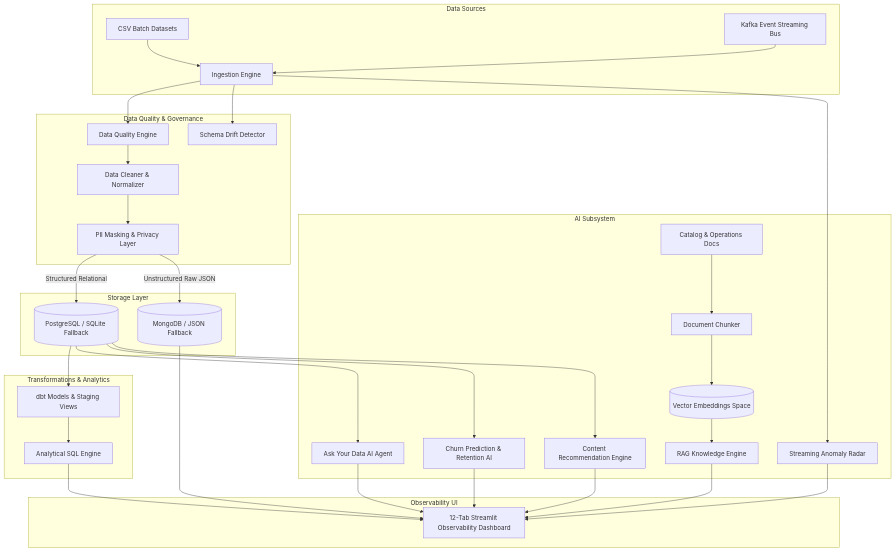
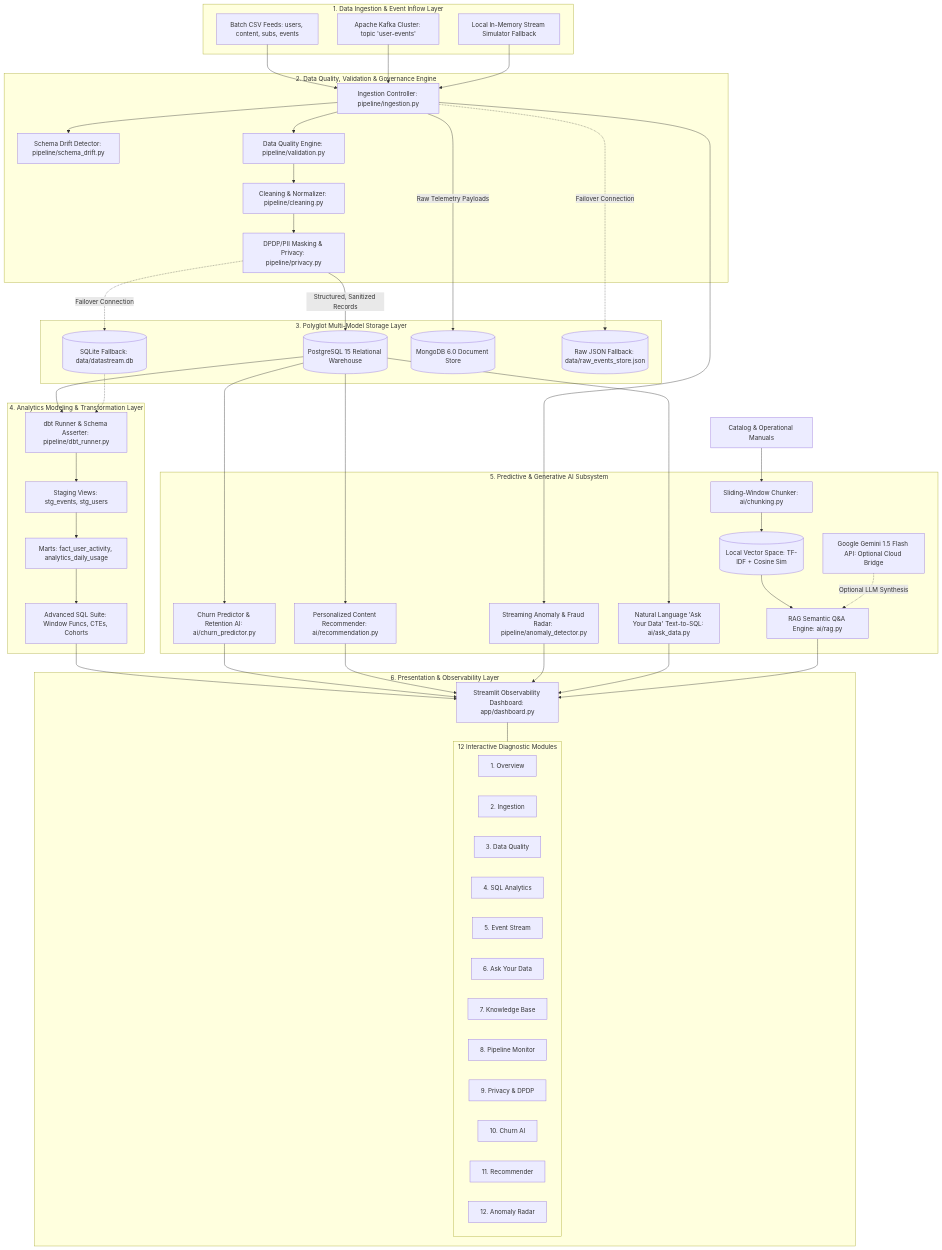
Before and after one commit to DebasmitaBose0/DataStreamAI: the second of 12 diagrams in README.md, drawn with Mermaid. The commit also changed other lines of this file, not shown here.

````diff
--- a/README.md
+++ b/README.md
@@ -38,44 +79,103 @@
 ```mermaid
 flowchart TD
-    subgraph Data Sources
-        S1[CSV Batch Datasets] --> ING[Ingestion Engine]
-        S2[Kafka Event Streaming Bus] --> ING
+    %% TIER 1: DATA SOURCES
+    subgraph SOURCETIER["1. Data Ingestion & Event Inflow Layer"]
+        CSV[Batch CSV Feeds: users, content, subs, events]
+        KAFKA_BUS[Apache Kafka Cluster: topic 'user-events']
+        SIM_BUS[Local In-Memory Stream Simulator Fallback]
     end
 
-    subgraph Data Quality & Governance
-        ING --> DQ[Data Quality Engine]
-        ING --> DRIFT[Schema Drift Detector]
-        DQ --> CLEAN[Data Cleaner & Normalizer]
-        CLEAN --> PII[PII Masking & Privacy Layer]
+    %% TIER 2: QUALITY & GOVERNANCE
+    subgraph GOVTIER["2. Data Quality, Validation & Governance Engine"]
+        ING_ENG[Ingestion Controller: pipeline/ingestion.py]
+        DRIFT[Schema Drift Detector: pipeline/schema_drift.py]
+        DQ_ENG[Data Quality Engine: pipeline/validation.py]
+        CLEAN_ENG[Cleaning & Normalizer: pipeline/cleaning.py]
+        PII_ENG[DPDP/PII Masking & Privacy: pipeline/privacy.py]
     end
 
-    subgraph Storage Layer
-        PII -->|Structured Relational| DB[(PostgreSQL / SQLite Fallback)]
-        PII -->|Unstructured Raw JSON| MONGO[(MongoDB / JSON Fallback)]
+    %% TIER 3: PERSISTENCE
+    subgraph STORETIER["3. Polyglot Multi-Model Storage Layer"]
+        PG[(PostgreSQL 15 Relational Warehouse)]
+        SQLITE[(SQLite Fallback: data/datastream.db)]
+        MONGO[(MongoDB 6.0 Document Store)]
+        JSON_STORE[(Raw JSON Fallback: data/raw_events_store.json)]
     end
 
-    subgraph Transformations & Analytics
-        DB --> DBT[dbt Models & Staging Views]
-        DBT --> SQL[Analytical SQL Engine]
+    %% TIER 4: TRANSFORMATION
+    subgraph TRANSTIER["4. Analytics Modeling & Transformation Layer"]
+        DBT_RUN[dbt Runner & Schema Asserter: pipeline/dbt_runner.py]
+        STG_VIEWS[Staging Views: stg_events, stg_users]
+        FACT_MARTS[Marts: fact_user_activity, analytics_daily_usage]
+        SQL_SUITE[Advanced SQL Suite: Window Funcs, CTEs, Cohorts]
     end
 
-    subgraph AI Subsystem
-        DOCS[Catalog & Operations Docs] --> CHUNKER[Document Chunker]
-        CHUNKER --> VEC[(Vector Embeddings Space)]
-        VEC --> RAG[RAG Knowledge Engine]
-        DB --> ASK[Ask Your Data AI Agent]
-        DB --> CHURN[Churn Prediction & Retention AI]
-        DB --> REC[Content Recommendation Engine]
-        ING --> ANOM[Streaming Anomaly Radar]
+    %% TIER 5: AI & INTELLIGENCE
+    subgraph AITIER["5. Predictive & Generative AI Subsystem"]
+        CHURN[Churn Predictor & Retention AI: ai/churn_predictor.py]
+        REC[Personalized Content Recommender: ai/recommendation.py]
+        ANOM[Streaming Anomaly & Fraud Radar: pipeline/anomaly_detector.py]
+        ASK[Natural Language 'Ask Your Data' Text-to-SQL: ai/ask_data.py]
+        CHUNKER[Sliding-Window Chunker: ai/chunking.py]
+        VEC_STORE[(Local Vector Space: TF-IDF + Cosine Sim)]
+        RAG[RAG Semantic Q&A Engine: ai/rag.py]
+        GEMINI[Google Gemini 1.5 Flash API: Optional Cloud Bridge]
     end
 
-    subgraph Observability UI
-        SQL --> DASH[12-Tab Streamlit Observability Dashboard]
-        RAG --> DASH
-        ASK --> DASH
-        CHURN --> DASH
-        REC --> DASH
-        ANOM --> DASH
-        MONGO --> DASH
+    %% TIER 6: OBSERVABILITY UI
+    subgraph UITIER["6. Presentation & Observability Layer"]
+        DASH[Streamlit Observability Dashboard: app/dashboard.py]
+        subgraph TABS["12 Interactive Diagnostic Modules"]
+            T1[1. Overview]
+            T2[2. Ingestion]
+            T3[3. Data Quality]
+            T4[4. SQL Analytics]
+            T5[5. Event Stream]
+            T6[6. Ask Your Data]
+            T7[7. Knowledge Base]
+            T8[8. Pipeline Monitor]
+            T9[9. Privacy & DPDP]
+            T10[10. Churn AI]
+            T11[11. Recommender]
+            T12[12. Anomaly Radar]
+        end
     end
+
+    %% FLOW CONNECTIONS
+    CSV --> ING_ENG
+    KAFKA_BUS --> ING_ENG
+    SIM_BUS --> ING_ENG
+    
+    ING_ENG --> DRIFT
+    ING_ENG --> DQ_ENG
+    DQ_ENG --> CLEAN_ENG
+    CLEAN_ENG --> PII_ENG
+
+    PII_ENG -->|Structured, Sanitized Records| PG
+    PII_ENG -.->|Failover Connection| SQLITE
+    ING_ENG -->|Raw Telemetry Payloads| MONGO
+    ING_ENG -.->|Failover Connection| JSON_STORE
+
+    PG --> DBT_RUN
+    SQLITE -.-> DBT_RUN
+    DBT_RUN --> STG_VIEWS
+    STG_VIEWS --> FACT_MARTS
+    FACT_MARTS --> SQL_SUITE
+
+    PG --> CHURN
+    PG --> REC
+    ING_ENG --> ANOM
+    PG --> ASK
+    DOCS[Catalog & Operational Manuals] --> CHUNKER
+    CHUNKER --> VEC_STORE
+    VEC_STORE --> RAG
+    GEMINI -.->|Optional LLM Synthesis| RAG
+
+    SQL_SUITE --> DASH
+    CHURN --> DASH
+    REC --> DASH
+    ANOM --> DASH
+    ASK --> DASH
+    RAG --> DASH
+    DASH --- TABS
 ```
````
